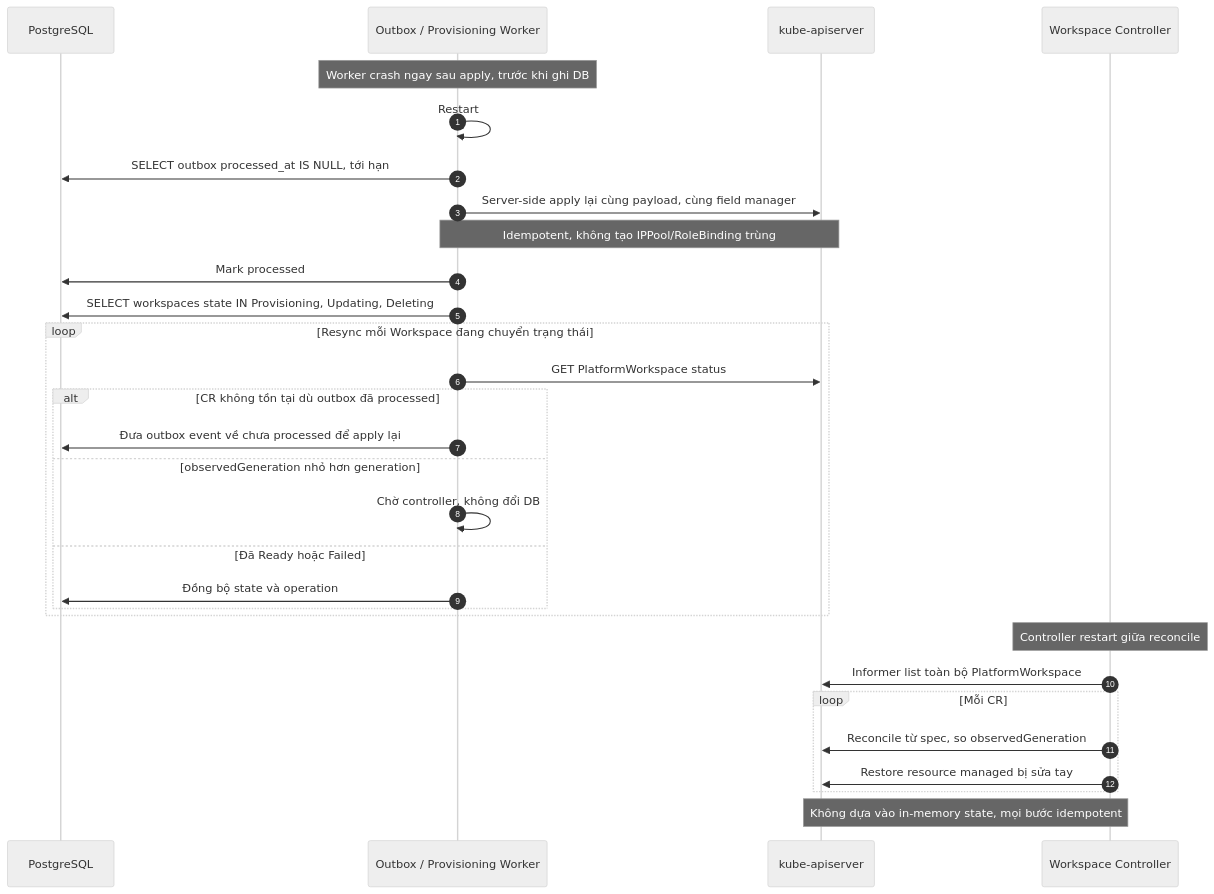
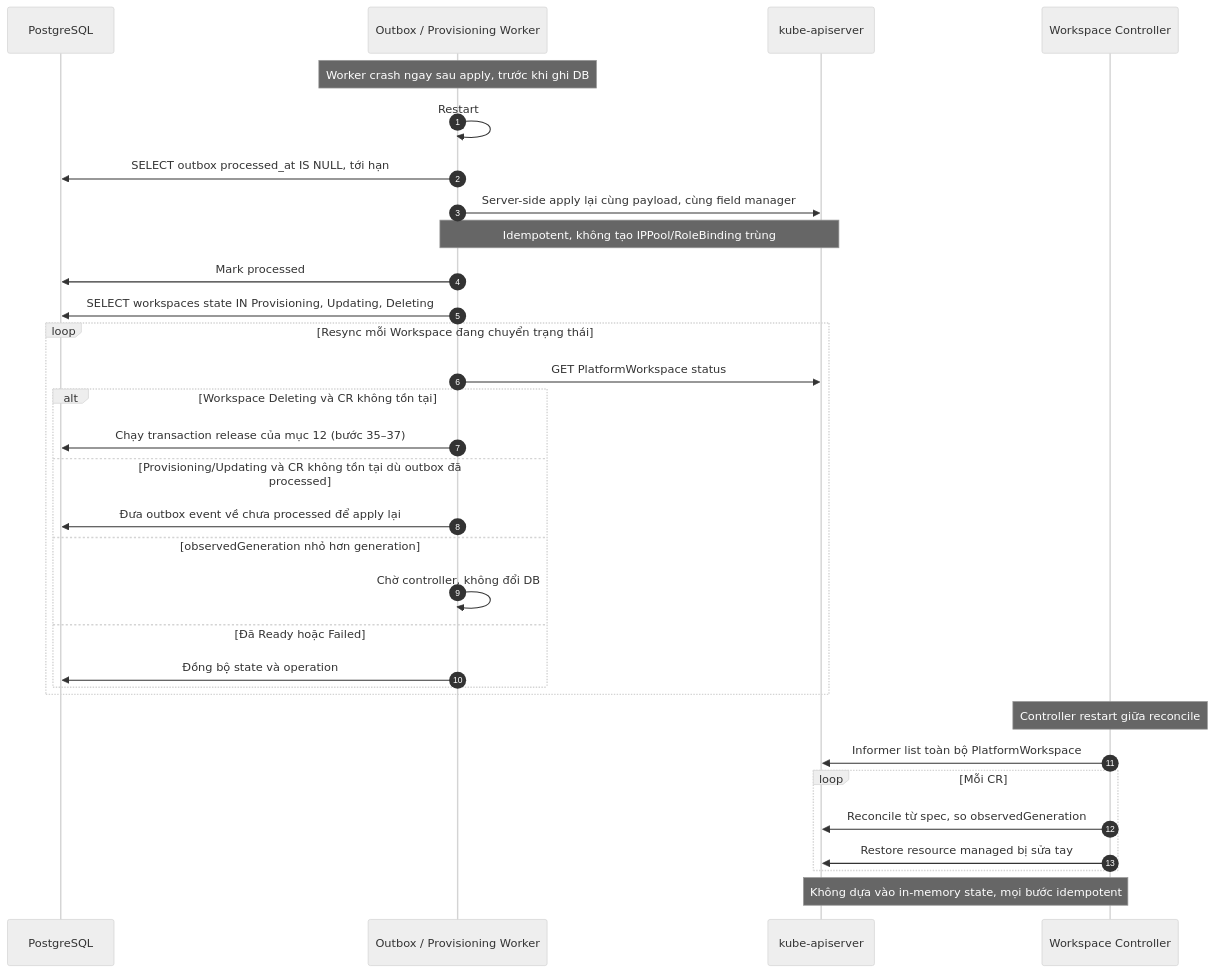
Before and after one commit to thaihoc1310/tenantry: diagram 19 of 19 in docs/architecture/03-flows.md, drawn with Mermaid (neutral theme). The commit also changed other lines of this file and 14 other files, not shown here.

````diff
--- a/docs/architecture/03-flows.md
+++ b/docs/architecture/03-flows.md
@@ -1119,33 +1201,35 @@
 ```mermaid
 sequenceDiagram
   autonumber
   participant DB as PostgreSQL
   participant PW as Outbox / Provisioning Worker
   participant K8S as kube-apiserver
   participant CTRL as Workspace Controller
 
   Note over PW: Worker crash ngay sau apply, trước khi ghi DB
   PW->>PW: Restart
   PW->>DB: SELECT outbox processed_at IS NULL, tới hạn
   PW->>K8S: Server-side apply lại cùng payload, cùng field manager
   Note over PW,K8S: Idempotent, không tạo IPPool/RoleBinding trùng
   PW->>DB: Mark processed
   PW->>DB: SELECT workspaces state IN Provisioning, Updating, Deleting
   loop Resync mỗi Workspace đang chuyển trạng thái
     PW->>K8S: GET PlatformWorkspace status
-    alt CR không tồn tại dù outbox đã processed
+    alt Workspace Deleting và CR không tồn tại
+      PW->>DB: Chạy transaction release của mục 12 (bước 35–37)
+    else Provisioning/Updating và CR không tồn tại dù outbox đã processed
       PW->>DB: Đưa outbox event về chưa processed để apply lại
     else observedGeneration nhỏ hơn generation
       PW->>PW: Chờ controller, không đổi DB
     else Đã Ready hoặc Failed
       PW->>DB: Đồng bộ state và operation
     end
   end
   Note over CTRL: Controller restart giữa reconcile
   CTRL->>K8S: Informer list toàn bộ PlatformWorkspace
   loop Mỗi CR
     CTRL->>K8S: Reconcile từ spec, so observedGeneration
     CTRL->>K8S: Restore resource managed bị sửa tay
   end
   Note over CTRL,K8S: Không dựa vào in-memory state, mọi bước idempotent
 ```
````
